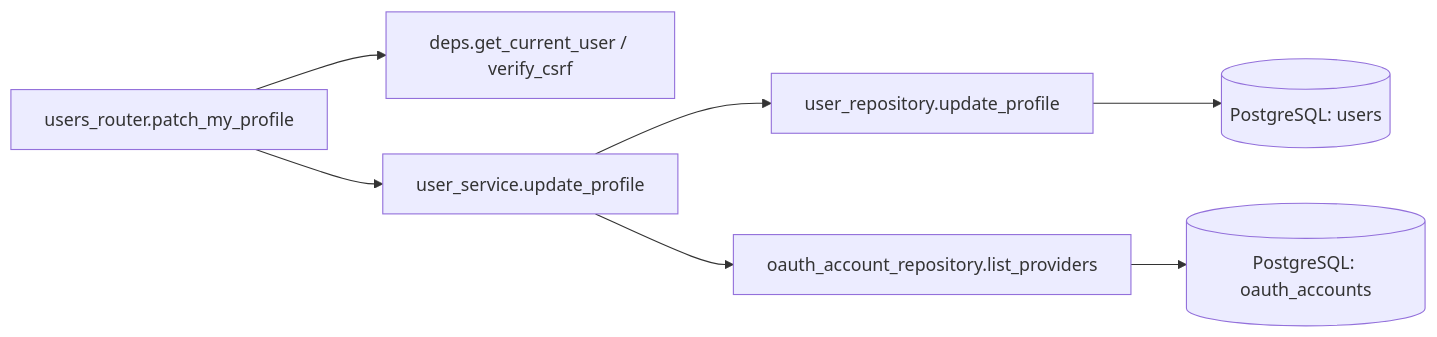
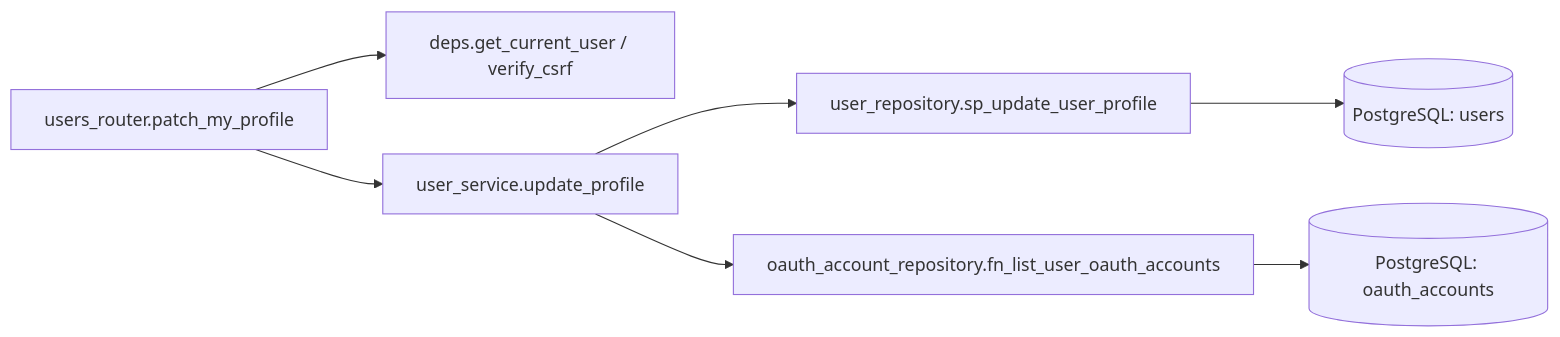
The third of 4 diagrams in detailed_design/api/users/02_patch_users_me.md (oikawa-d/task_management), drawn with Mermaid before and after one commit. The commit also changed other lines of this file and 58 other files, not shown here.

````diff
--- a/detailed_design/api/users/02_patch_users_me.md
+++ b/detailed_design/api/users/02_patch_users_me.md
@@ -201,9 +201,9 @@
 ```mermaid
 flowchart LR
     R["users_router.patch_my_profile"] --> DEP["deps.get_current_user / verify_csrf"]
     R --> S["user_service.update_profile"]
-    S --> URP["user_repository.update_profile"]
-    S --> OARP["oauth_account_repository.list_providers"]
+    S --> URP["user_repository.sp_update_user_profile"]
+    S --> OARP["oauth_account_repository.fn_list_user_oauth_accounts"]
     URP --> PG[("PostgreSQL: users")]
     OARP --> PG2[("PostgreSQL: oauth_accounts")]
 ```
````
